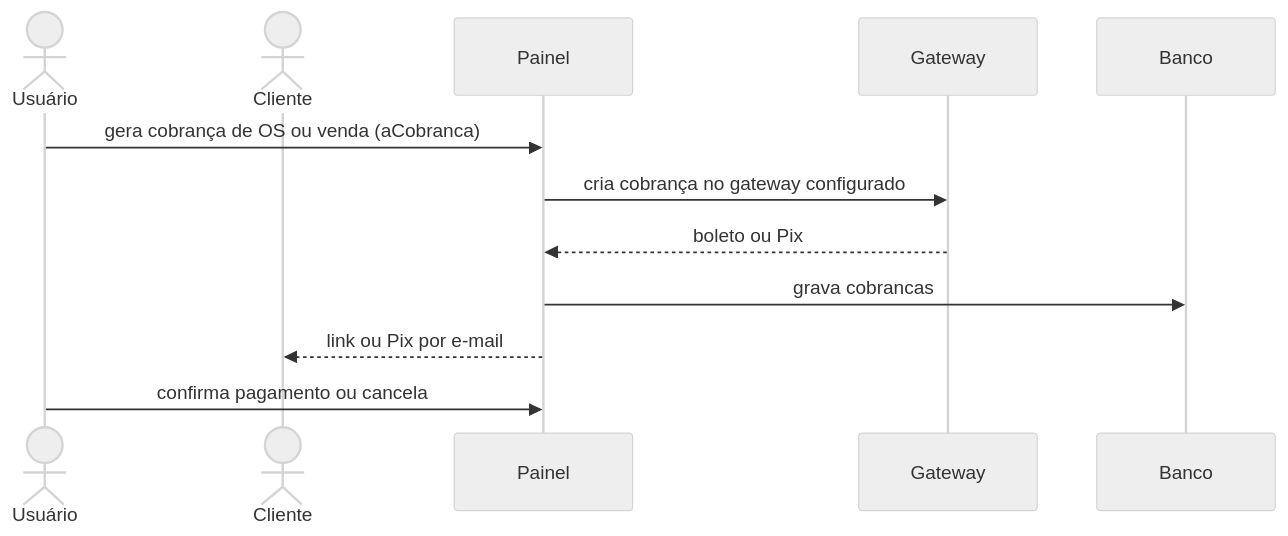
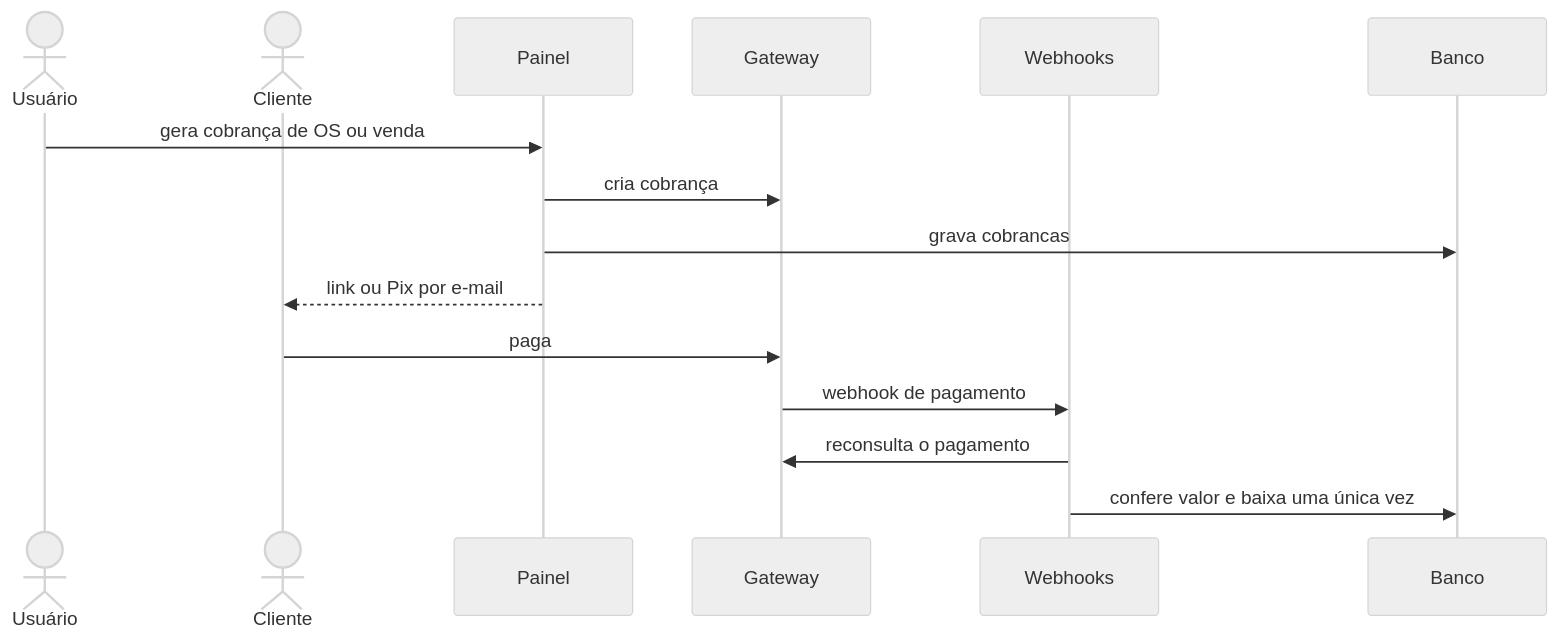
Before and after one commit to s1k3ira/mapos: the third of 4 diagrams in .n45/docs/diagrams/flows.md, drawn with Mermaid. The commit also changed other lines of this file and 52 other files, not shown here.

Commit message:
chore(n45): roadmap feat-0001-melhoria-seguranca encerrado e arquivado

````diff
--- a/.n45/docs/diagrams/flows.md
+++ b/.n45/docs/diagrams/flows.md
@@ -63,15 +62,18 @@
 ```mermaid
 %%{init: {'theme': 'neutral'} }%%
 sequenceDiagram
   actor U as Usuário
   actor C as Cliente
   participant P as Painel
   participant G as Gateway
+  participant W as Webhooks
   participant DB as Banco
-  U->>P: gera cobrança de OS ou venda (aCobranca)
-  P->>G: cria cobrança no gateway configurado
-  G-->>P: boleto ou Pix
+  U->>P: gera cobrança de OS ou venda
+  P->>G: cria cobrança
   P->>DB: grava cobrancas
   P-->>C: link ou Pix por e-mail
-  U->>P: confirma pagamento ou cancela
+  C->>G: paga
+  G->>W: webhook de pagamento
+  W->>G: reconsulta o pagamento
+  W->>DB: confere valor e baixa uma única vez
 ```
````
